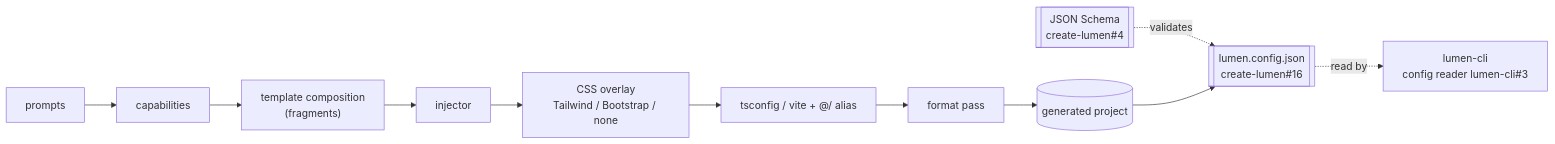
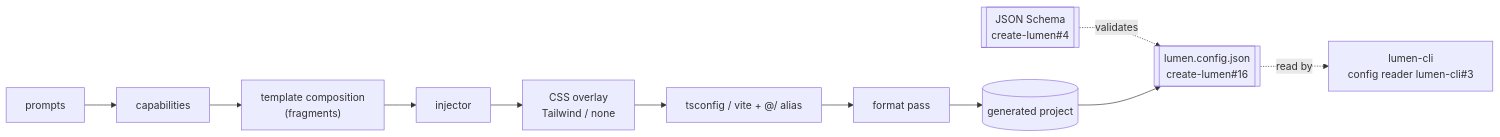
Before and after one commit to LUMEN-SH/create-lumen: the fourth of 5 diagrams in docs/PLAN.md, drawn with Mermaid. The commit also changed 30 other files, not shown here.

Commit message:
feat!: drop Bootstrap CSS framework, Tailwind v4-first (#51)

````diff
--- a/docs/PLAN.md
+++ b/docs/PLAN.md
@@ -193,13 +193,13 @@
 ```mermaid
 flowchart LR
     Prompts["prompts"] --> Capabilities["capabilities"]
     Capabilities --> Composition["template composition<br/>(fragments)"]
     Composition --> Injector["injector"]
-    Injector --> CssOverlay["CSS overlay<br/>Tailwind / Bootstrap / none"]
+    Injector --> CssOverlay["CSS overlay<br/>Tailwind / none"]
     CssOverlay --> Config["tsconfig / vite + @/ alias"]
     Config --> Format["format pass"]
     Format --> Output[("generated project")]
     Schema[["JSON Schema<br/>create-lumen#4"]] -. "validates" .-> Manifest[["lumen.config.json<br/>create-lumen#16"]]
     Output --> Manifest
     Manifest -. "read by" .-> CliReader["lumen-cli<br/>config reader lumen-cli#3"]
 ```
````
